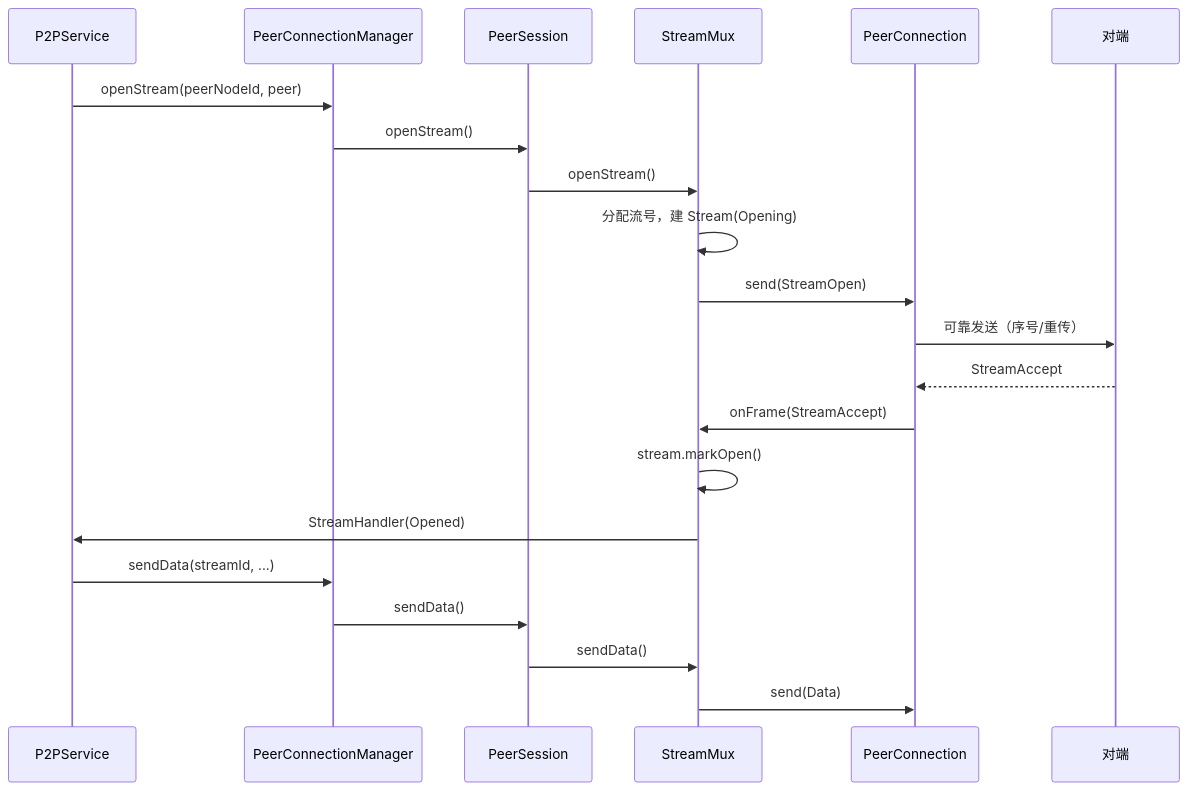
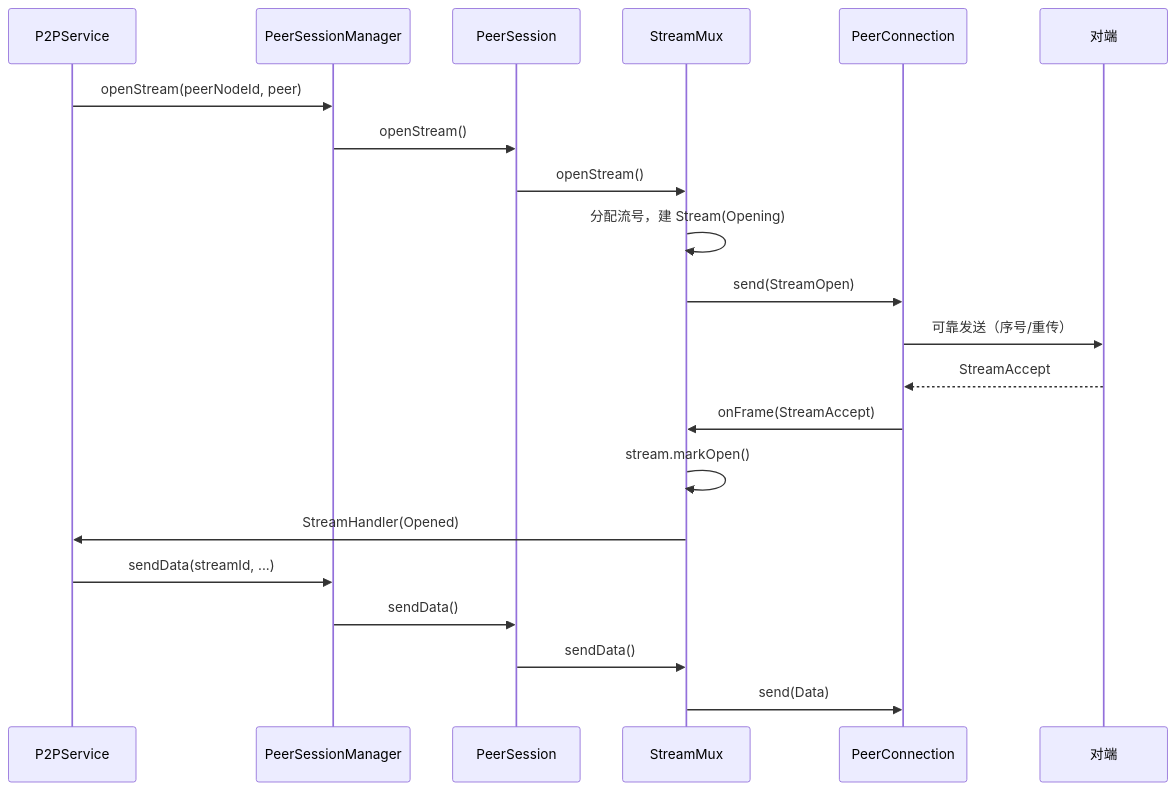
The second of 3 diagrams in docs/transport-layer-split.md (GoodBye-cn/NetProxy), drawn with Mermaid before and after one commit. The commit also changed other lines of this file and 3 other files, not shown here.

````diff
--- a/docs/transport-layer-split.md
+++ b/docs/transport-layer-split.md
@@ -710,24 +878,24 @@
 ```mermaid
 sequenceDiagram
     participant App as P2PService
-    participant Mgr as PeerConnectionManager
+    participant Mgr as PeerSessionManager
     participant Sess as PeerSession
     participant Mux as StreamMux
     participant Conn as PeerConnection
     participant Peer as 对端
 
     App->>Mgr: openStream(peerNodeId, peer)
     Mgr->>Sess: openStream()
     Sess->>Mux: openStream()
     Mux->>Mux: 分配流号，建 Stream(Opening)
     Mux->>Conn: send(StreamOpen)
     Conn->>Peer: 可靠发送（序号/重传）
     Peer-->>Conn: StreamAccept
     Conn->>Mux: onFrame(StreamAccept)
     Mux->>Mux: stream.markOpen()
     Mux->>App: StreamHandler(Opened)
     App->>Mgr: sendData(streamId, ...)
     Mgr->>Sess: sendData()
     Sess->>Mux: sendData()
     Mux->>Conn: send(Data)
 ```
````
